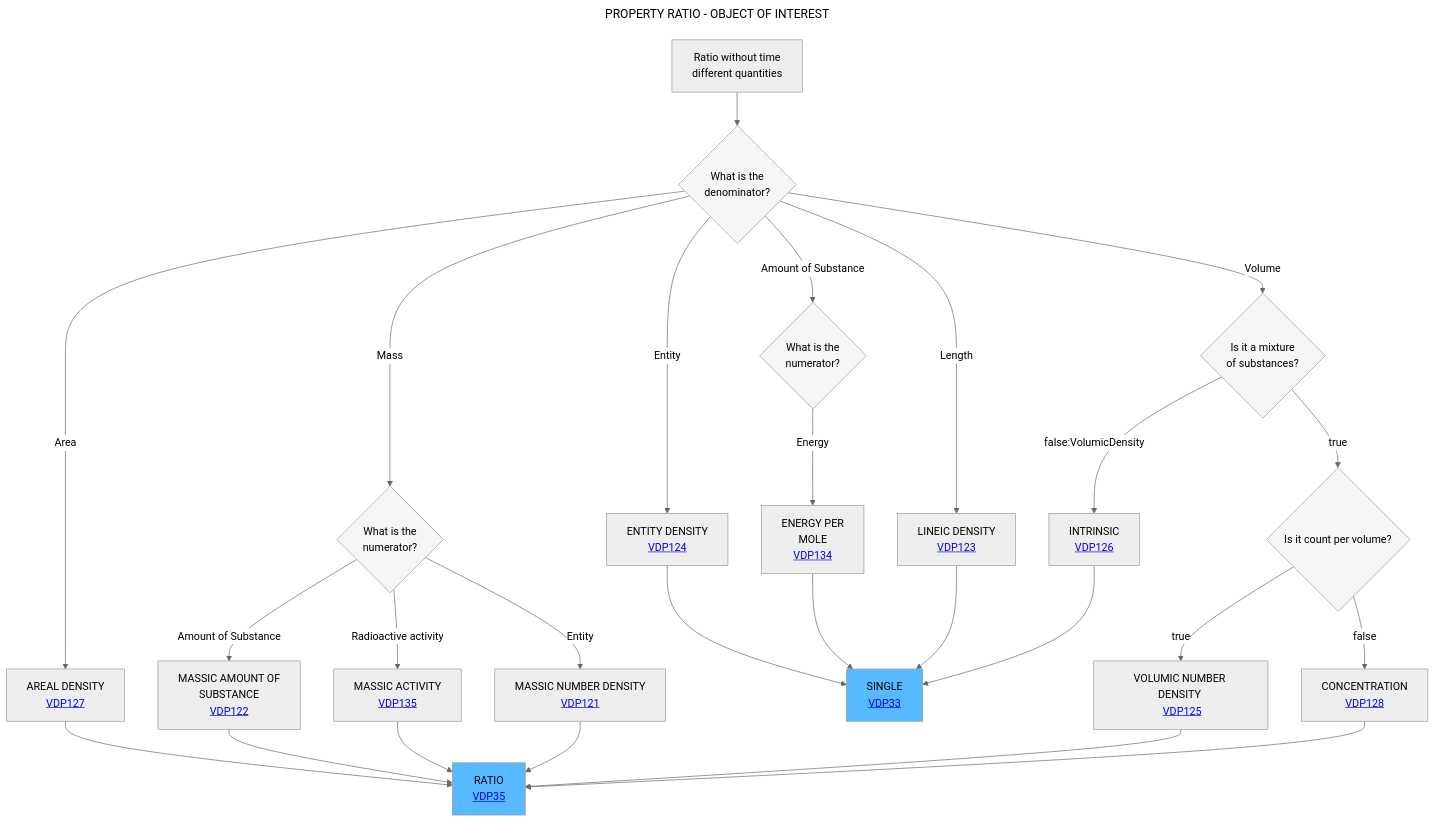
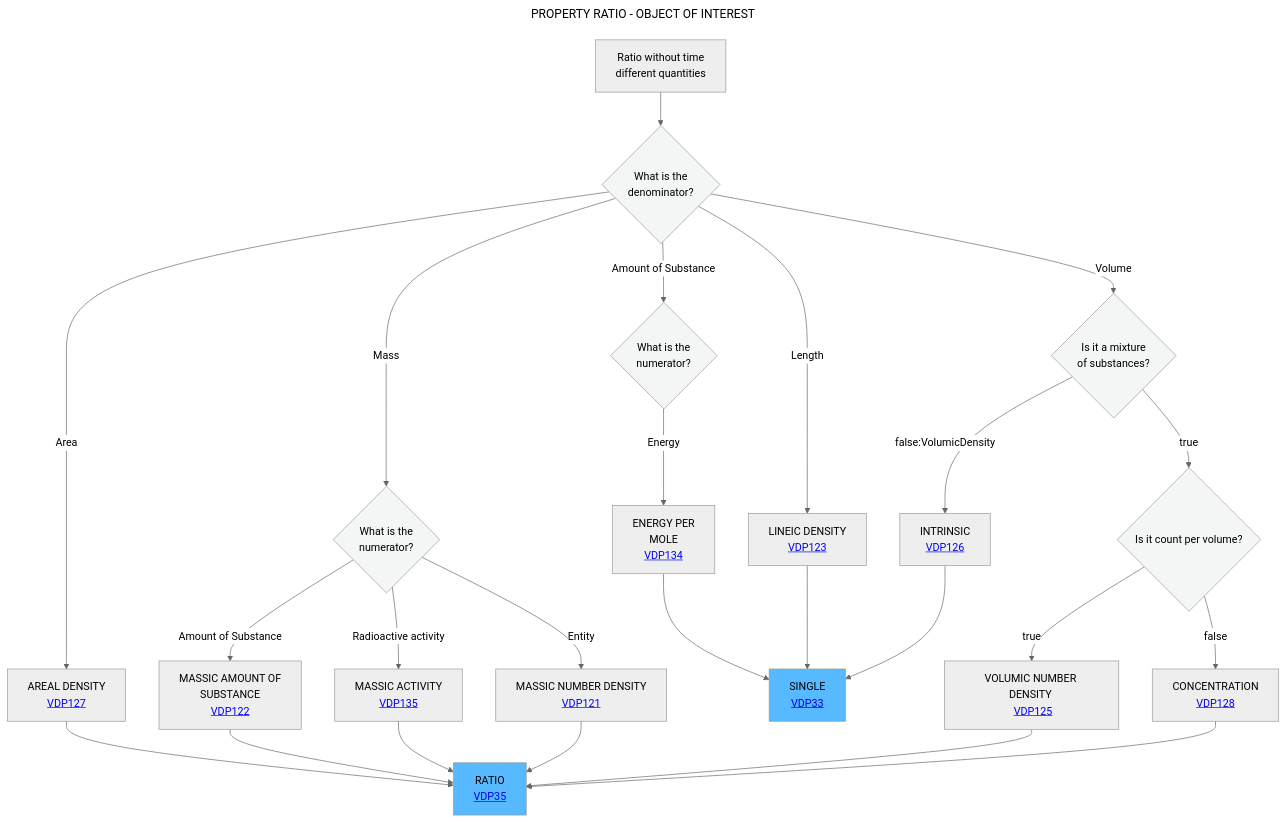
One commit to mabablue/I-ADOPT-patterns-playground changed the diagram in Decisition_trees/DT5.mmd. Above: the diagram before and after it, drawn with Mermaid (neutral theme).

```diff
--- a/Decisition_trees/DT5.mmd
+++ b/Decisition_trees/DT5.mmd
@@ -1,33 +1,31 @@
 ---
 title: PROPERTY RATIO - OBJECT OF INTEREST
 ---
 flowchart TD
     A[Ratio without time <br> different quantities] --> B{What is the <br> denominator?}:::white
     B -- Area -->C[AREAL DENSITY <br> <a href='https://github.com/mabablue/I-ADOPT-patterns-playground/blob/main/pattern/VDP127.yaml'>VDP127</a>]
     B -- Mass -->E{What is the <br> numerator?}:::white
-    B -- Entity -->F[ENTITY DENSITY <br> <a href='https://github.com/mabablue/I-ADOPT-patterns-playground/blob/main/pattern/VDP124.yaml'>VDP124</a>]
     B -- Amount of Substance --> R{What is the <br> numerator?}:::white
     B -- Length -->D[LINEIC DENSITY <br> <a href='https://github.com/mabablue/I-ADOPT-patterns-playground/blob/main/pattern/VDP123.yaml'>VDP123</a>]
     E -- Amount of Substance --> P[MASSIC AMOUNT OF <br> SUBSTANCE <br> <a href='https://github.com/mabablue/I-ADOPT-patterns-playground/blob/main/pattern/VDP122.yaml'>VDP122</a>]
     E -- Radioactive activity --> Q[MASSIC ACTIVITY <br> <a href='https://github.com/mabablue/I-ADOPT-patterns-playground/blob/main/pattern/VDP135.yaml'>VDP135</a>]
     E -- Entity --> L[MASSIC NUMBER DENSITY <br> <a href='https://github.com/mabablue/I-ADOPT-patterns-playground/blob/main/pattern/VDP121.yaml'>VDP121</a>]
     B -- Volume -->G{Is it a mixture <br> of substances?}:::white
     G -- false:VolumicDensity-->H[INTRINSIC <br> <a href='https://github.com/mabablue/I-ADOPT-patterns-playground/blob/main/pattern/VDP126.yaml'>VDP126</a>]
     G--> |true|J{Is it count per volume?}:::white
     J --> |true|I[VOLUMIC NUMBER DENSITY <br> <a href='https://github.com/mabablue/I-ADOPT-patterns-playground/blob/main/pattern/VDP125.yaml'>VDP125</a>]
     J --> |false|M[CONCENTRATION <br> <a href='https://github.com/mabablue/I-ADOPT-patterns-playground/blob/main/pattern/VDP128.yaml'>VDP128</a>]
     I --> N
     C --> N[RATIO <br> <a href='https://github.com/mabablue/I-ADOPT-patterns-playground/blob/main/pattern/VDP35.yaml'>VDP35</a>]:::satblue
-    F --> O
     D --> O[SINGLE <br> <a href='https://github.com/mabablue/I-ADOPT-patterns-playground/blob/main/pattern/VDP33.yaml'>VDP33</a>]:::satblue
     R -- Energy --> S[ENERGY PER <br> MOLE <br> <a href='https://github.com/mabablue/I-ADOPT-patterns-playground/blob/main/pattern/VDP134.yaml'>VDP134</a>]
     H --> O
     P --> N
     M --> N
     S --> O
     Q --> N
     L --> N
    classDef blue fill:#90D5FF
    classDef satblue fill:#57B9FF 
    classDef white fill:#f3f6f4
    classDef green fill:#6aa84f
```
